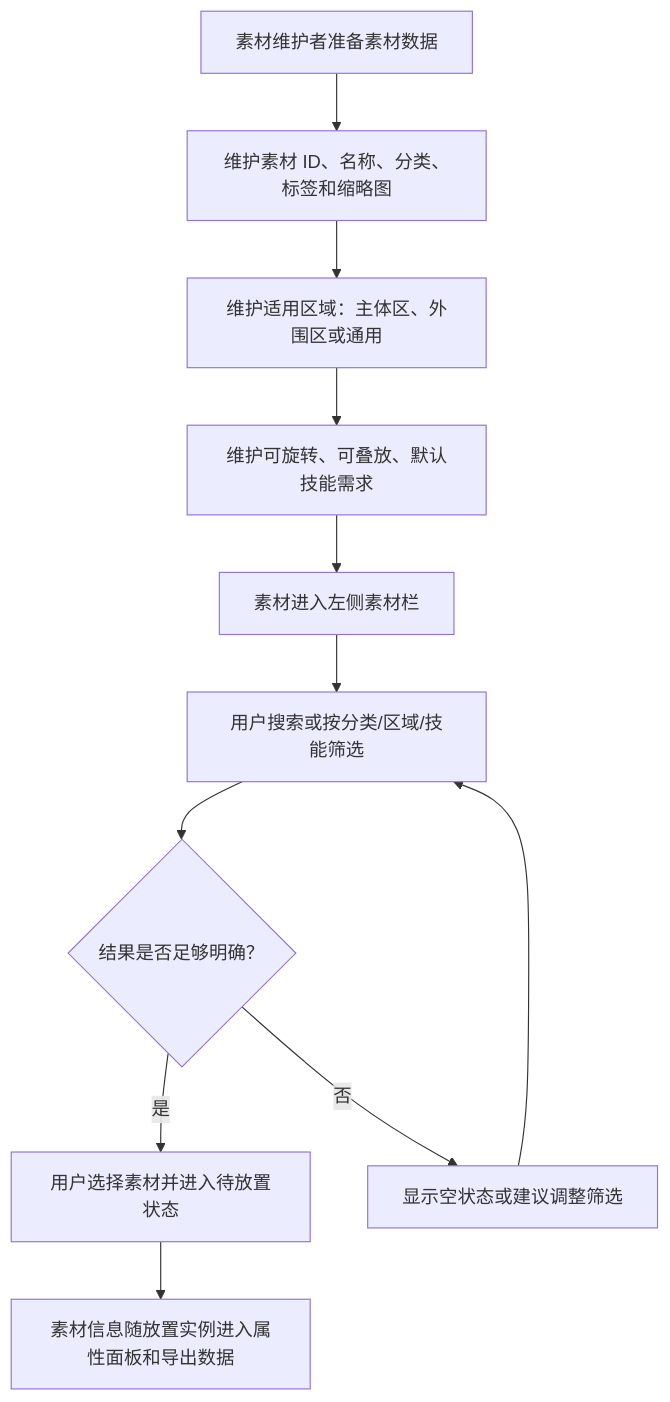
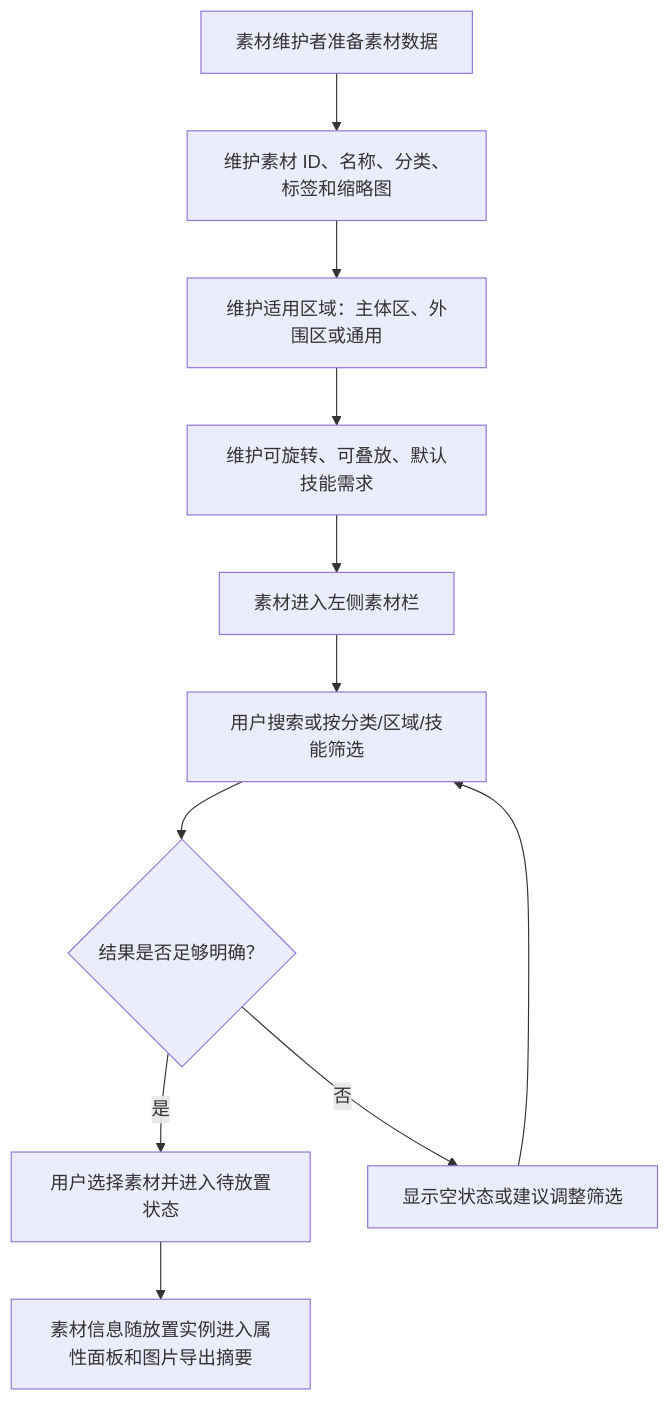
One commit to grigri201/pokopia-scene-editor changed the third of 4 diagrams in _bmad-output/planning-artifacts/ux-design-specification.md. Above: the diagram before and after it, drawn with Mermaid. The commit also changed other lines of this file and 9 other files, not shown here.

````diff
--- a/_bmad-output/planning-artifacts/ux-design-specification.md
+++ b/_bmad-output/planning-artifacts/ux-design-specification.md
@@ -423,13 +429,13 @@
 ```mermaid
 flowchart TD
   A["素材维护者准备素材数据"] --> B["维护素材 ID、名称、分类、标签和缩略图"]
   B --> C["维护适用区域：主体区、外围区或通用"]
   C --> D["维护可旋转、可叠放、默认技能需求"]
   D --> E["素材进入左侧素材栏"]
   E --> F["用户搜索或按分类/区域/技能筛选"]
   F --> G{"结果是否足够明确？"}
   G -- "是" --> H["用户选择素材并进入待放置状态"]
   G -- "否" --> I["显示空状态或建议调整筛选"]
   I --> F
-  H --> J["素材信息随放置实例进入属性面板和导出数据"]
+  H --> J["素材信息随放置实例进入属性面板和图片导出摘要"]
 ```
````
